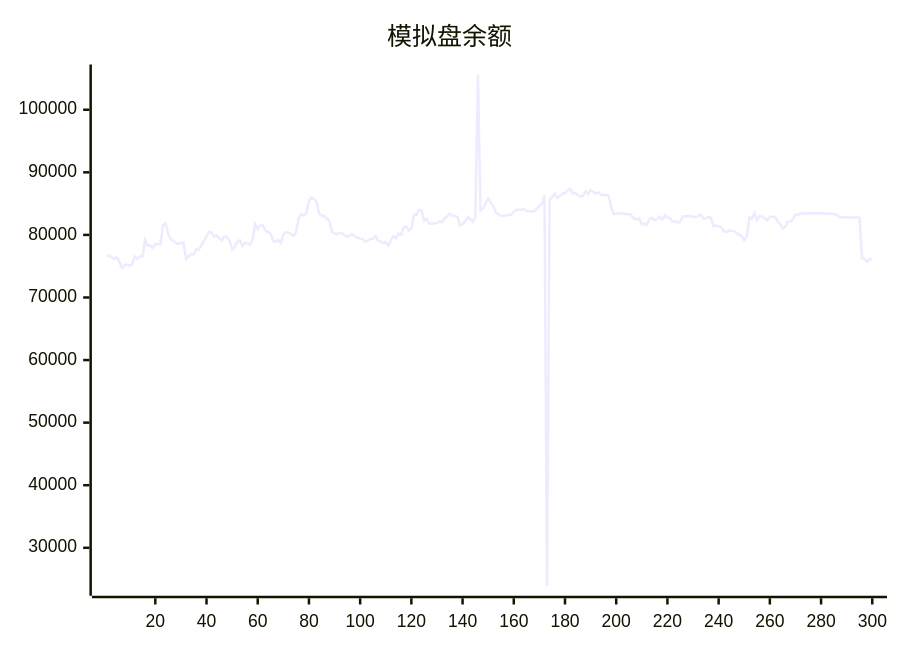
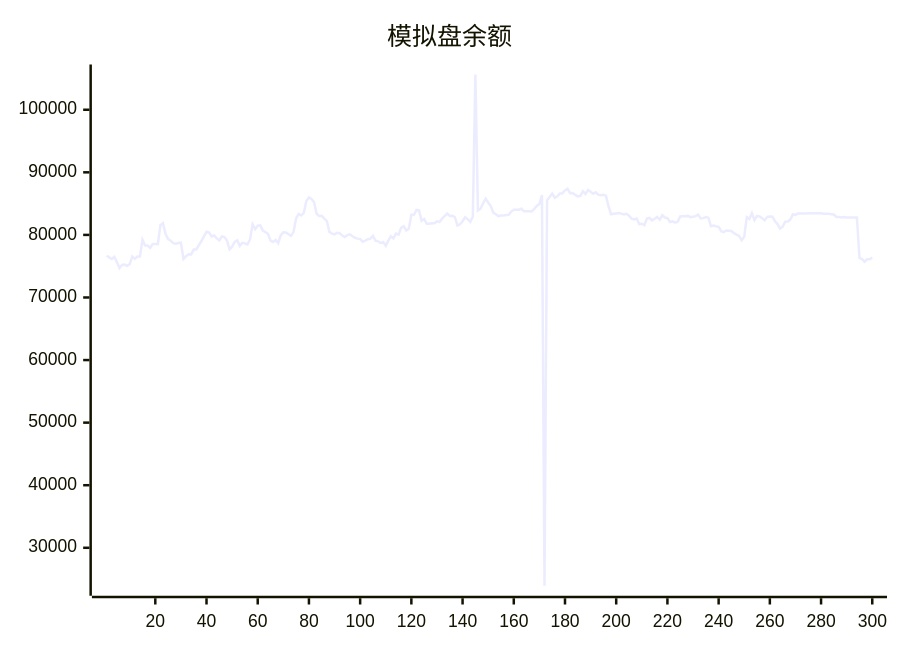
Before and after one commit to aahl/ai-trading: the diagram in README.md, drawn with Mermaid. The commit also changed other lines of this file and 1 other file, not shown here.

````diff
--- a/README.md
+++ b/README.md
@@ -5,5 +5,5 @@
 ```mermaid
 xychart
     title "模拟盘余额"
-    line [76677,76672,76411,76159,76485,75656,74695,75197,75246,75052,75334,76564,76179,76553,76551,79196,78300,78300,77944,78531,78531,78521,81564,81884,80160,79335,79055,78675,78580,78708,78764,76179,76586,76902,76876,77658,77669,78346,79023,79769,80497,80366,79761,79896,79448,79126,79749,79658,79097,77695,78114,78888,79126,78249,78738,78653,78478,79271,81680,80923,81488,81527,80681,80455,80190,79084,78879,79193,78686,79954,80403,80374,80118,79848,80491,82665,83351,83098,83525,85430,85983,85737,85221,83378,83014,83043,82613,82216,80477,80208,80081,80348,80277,79894,79670,79965,80093,79786,79542,79406,79371,78893,79087,79304,79406,79841,79072,78978,78696,78846,78272,79085,79787,79442,80198,80031,81120,81379,80718,80985,83214,83212,83993,83921,82270,82547,81776,81776,81866,81866,82158,82061,82596,83000,83408,83041,83050,82858,81503,81691,82188,82812,82517,82092,82901,105633,83898,84180,85030,85781,85178,84604,83569,83298,83008,83093,83107,83175,83228,83729,84025,84017,84019,84177,83775,83762,83785,83738,84160,84639,84939,86370,23934,85548,86046,86599,85942,86161,86622,86664,87115,87369,86666,86685,86384,86152,86243,86969,86548,87164,86885,86566,86809,86427,86348,86417,86273,84538,83299,83369,83430,83490,83404,83270,83362,83056,82605,82459,82614,81734,81788,81551,82598,82702,82320,82580,82878,82426,83139,82778,82686,82056,82166,81963,82110,82951,82983,82984,83038,82838,82915,82998,83235,82642,82682,82858,82746,81396,81512,81362,81277,80600,80461,80699,80673,80616,80288,80038,79836,79142,79722,82837,82533,83480,82366,83032,82960,82654,82330,82883,82934,82901,82188,81728,81005,81298,82110,82135,82449,83264,83203,83440,83439,83440,83440,83446,83447,83448,83447,83448,83449,83369,83369,83369,83313,83256,82872,82873,82801,82844,82785,82791,82791,82793,82794,76339,76145,75714,76110,76096]
+    line [76672,76411,76159,76485,75656,74695,75197,75246,75052,75334,76564,76179,76553,76551,79196,78300,78300,77944,78531,78531,78521,81564,81884,80160,79335,79055,78675,78580,78708,78764,76179,76586,76902,76876,77658,77669,78346,79023,79769,80497,80366,79761,79896,79448,79126,79749,79658,79097,77695,78114,78888,79126,78249,78738,78653,78478,79271,81680,80923,81488,81527,80681,80455,80190,79084,78879,79193,78686,79954,80403,80374,80118,79848,80491,82665,83351,83098,83525,85430,85983,85737,85221,83378,83014,83043,82613,82216,80477,80208,80081,80348,80277,79894,79670,79965,80093,79786,79542,79406,79371,78893,79087,79304,79406,79841,79072,78978,78696,78846,78272,79085,79787,79442,80198,80031,81120,81379,80718,80985,83214,83212,83993,83921,82270,82547,81776,81776,81866,81866,82158,82061,82596,83000,83408,83041,83050,82858,81503,81691,82188,82812,82517,82092,82901,105633,83898,84180,85030,85781,85178,84604,83569,83298,83008,83093,83107,83175,83228,83729,84025,84017,84019,84177,83775,83762,83785,83738,84160,84639,84939,86370,23934,85548,86046,86599,85942,86161,86622,86664,87115,87369,86666,86685,86384,86152,86243,86969,86548,87164,86885,86566,86809,86427,86348,86417,86273,84538,83299,83369,83430,83490,83404,83270,83362,83056,82605,82459,82614,81734,81788,81551,82598,82702,82320,82580,82878,82426,83139,82778,82686,82056,82166,81963,82110,82951,82983,82984,83038,82838,82915,82998,83235,82642,82682,82858,82746,81396,81512,81362,81277,80600,80461,80699,80673,80616,80288,80038,79836,79142,79722,82837,82533,83480,82366,83032,82960,82654,82330,82883,82934,82901,82188,81728,81005,81298,82110,82135,82449,83264,83203,83440,83439,83440,83440,83446,83447,83448,83447,83448,83449,83369,83369,83369,83313,83256,82872,82873,82801,82844,82785,82791,82791,82793,82794,76339,76145,75714,76110,76096,76397]
 ```
````
